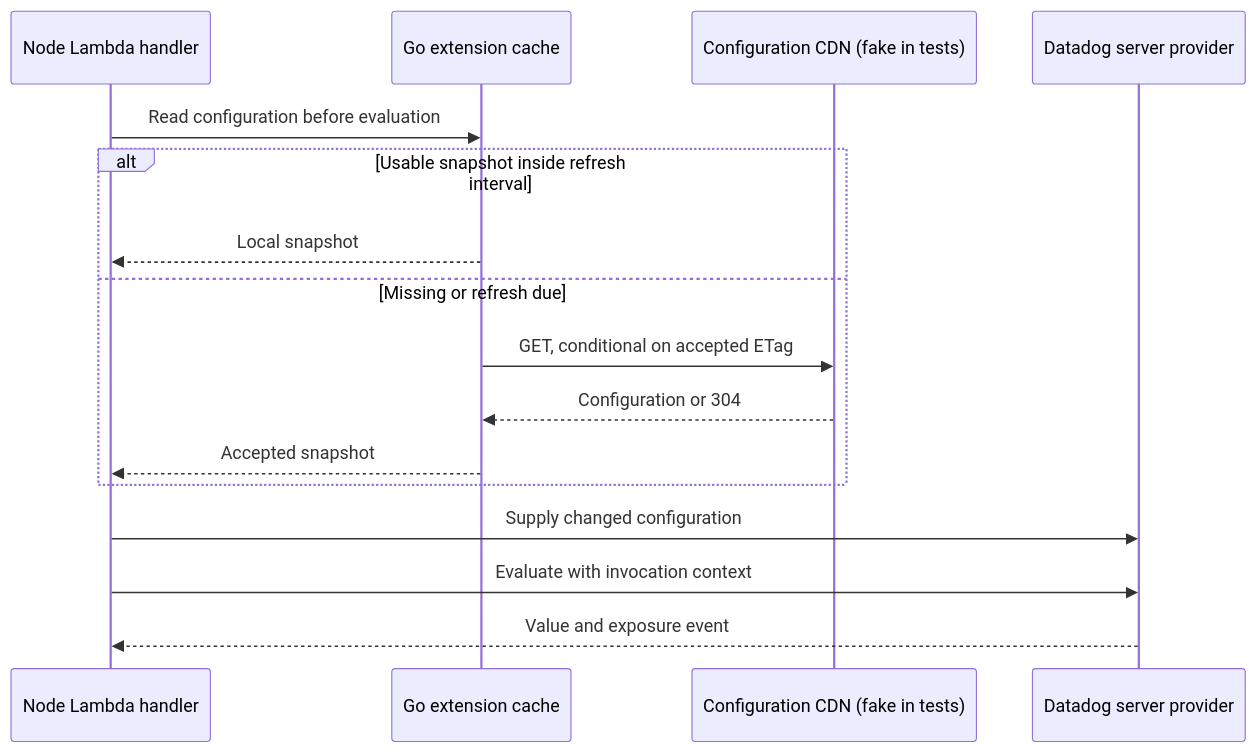
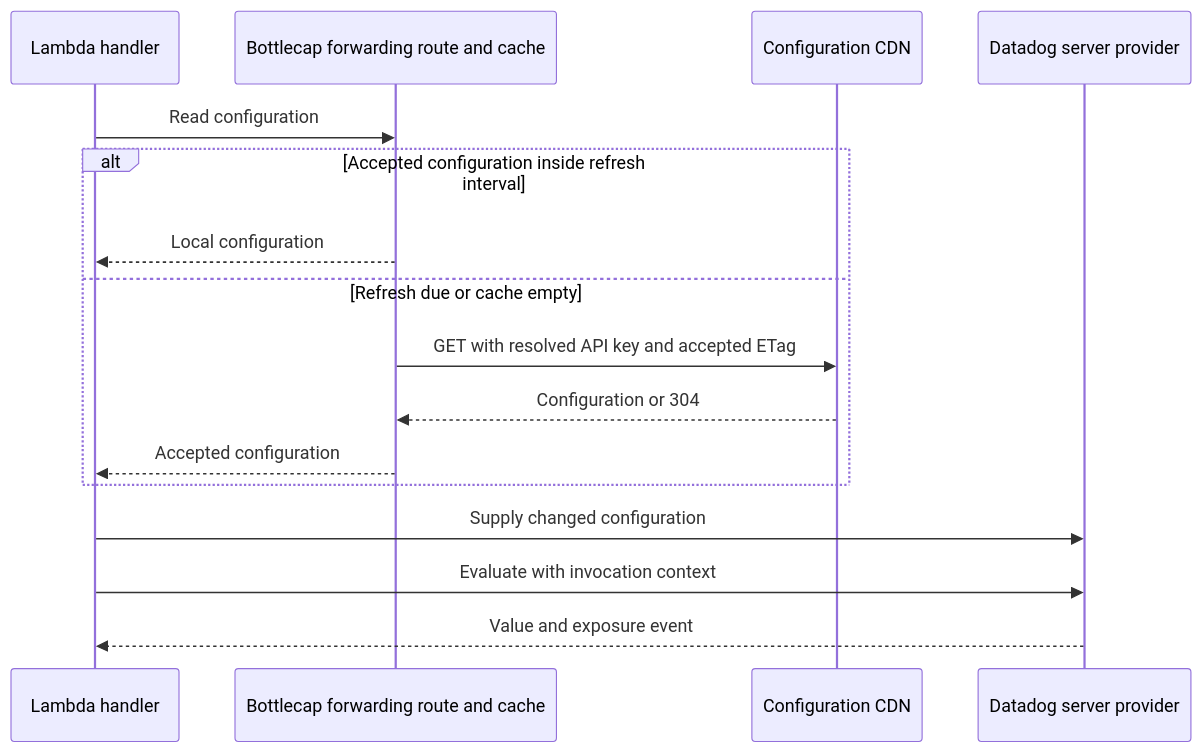
Before and after one commit to DataDog/datadog-lambda-extension: the diagram in examples/feature-flag-config-cache/README.md, drawn with Mermaid. The commit also changed other lines of this file and 16 other files, not shown here.

Commit message:
feat: prototype flag configuration caching in Bottlecap

````diff
--- a/examples/feature-flag-config-cache/README.md
+++ b/examples/feature-flag-config-cache/README.md
@@ -26,18 +42,18 @@
 ```mermaid
 sequenceDiagram
-    participant Handler as Node Lambda handler
-    participant Cache as Go extension cache
-    participant CDN as Configuration CDN (fake in tests)
+    participant Handler as Lambda handler
+    participant Extension as Bottlecap forwarding route and cache
+    participant CDN as Configuration CDN
     participant SDK as Datadog server provider
-    Handler->>Cache: Read configuration before evaluation
-    alt Usable snapshot inside refresh interval
-        Cache-->>Handler: Local snapshot
-    else Missing or refresh due
-        Cache->>CDN: GET, conditional on accepted ETag
-        CDN-->>Cache: Configuration or 304
-        Cache-->>Handler: Accepted snapshot
+    Handler->>Extension: Read configuration
+    alt Accepted configuration inside refresh interval
+        Extension-->>Handler: Local configuration
+    else Refresh due or cache empty
+        Extension->>CDN: GET with resolved API key and accepted ETag
+        CDN-->>Extension: Configuration or 304
+        Extension-->>Handler: Accepted configuration
     end
     Handler->>SDK: Supply changed configuration
     Handler->>SDK: Evaluate with invocation context
     SDK-->>Handler: Value and exposure event
 ```
````
